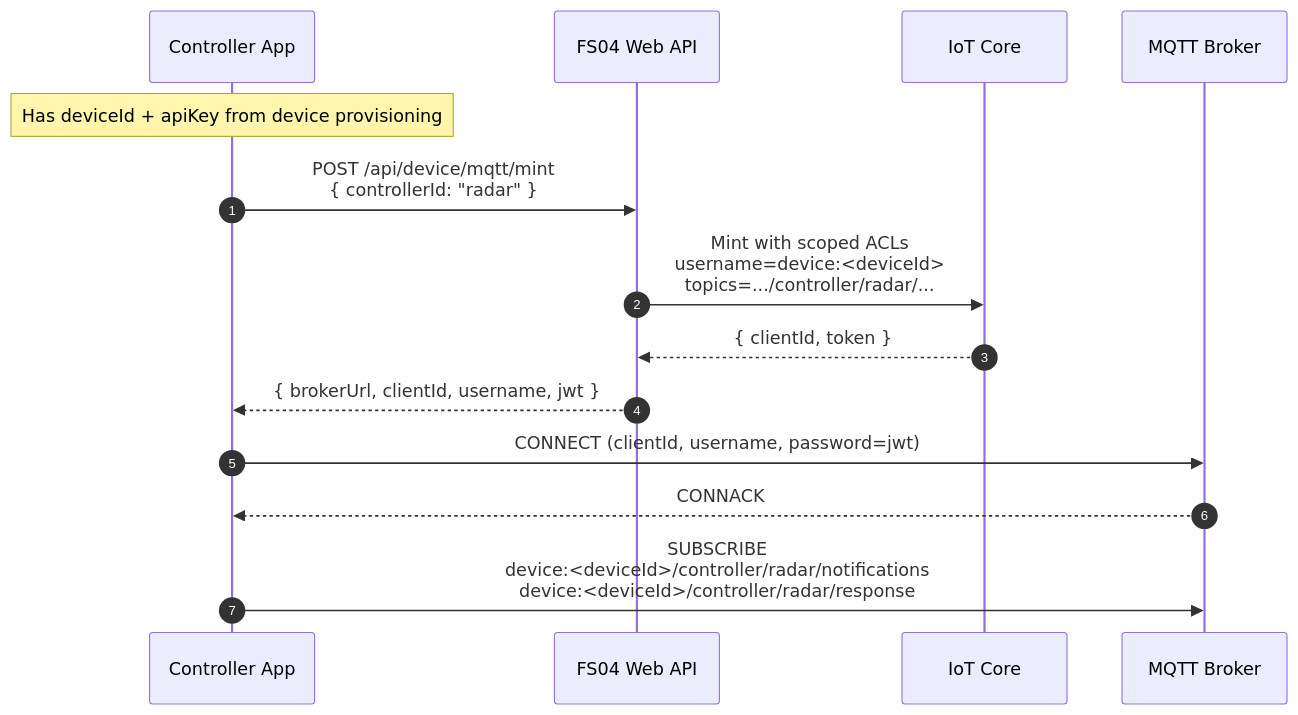
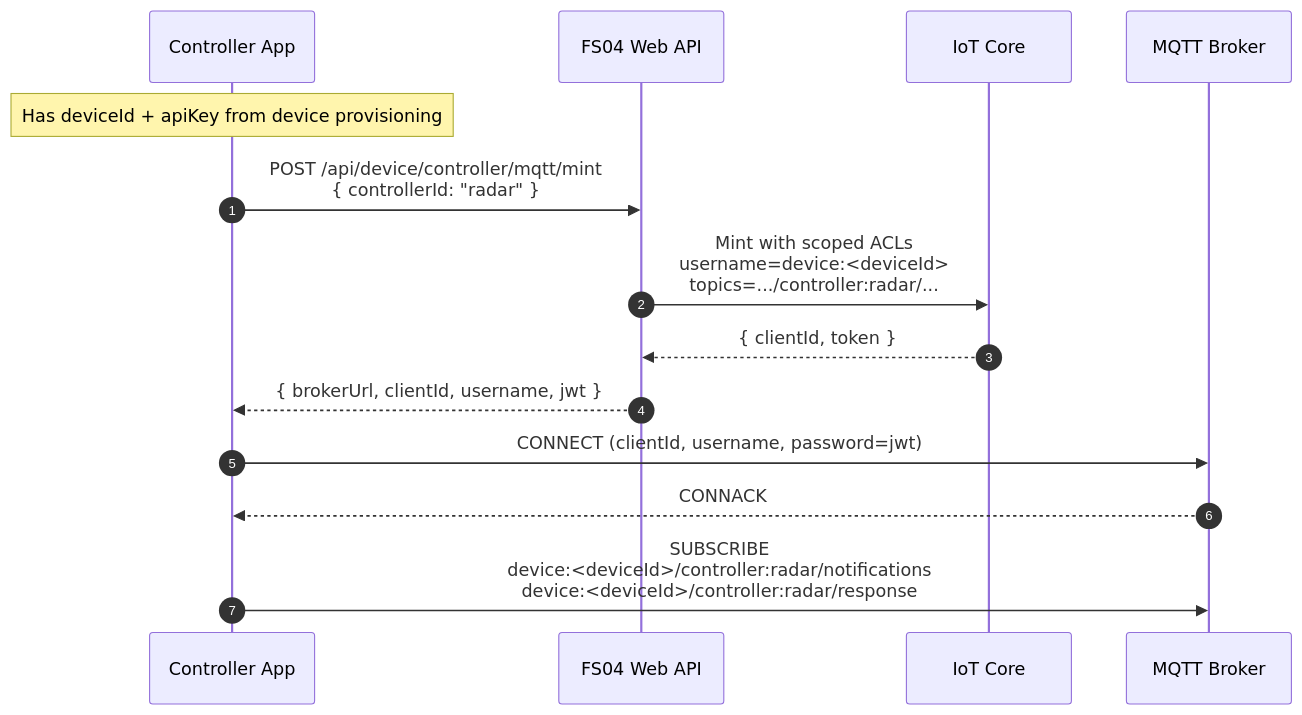
One commit to Tis1201/data_fs04 changed the second of 5 diagrams in docs/architecture/device/mqtt/controllers/CONTROLLER.md. Above: the diagram before and after it, drawn with Mermaid. The commit also changed other lines of this file, not shown here.

Commit message:
feat: Standardize controller MQTT topic patterns to `type:id` format, update mint endpoint, and adjust worker subscriptions.

````diff
--- a/docs/architecture/device/mqtt/controllers/CONTROLLER.md
+++ b/docs/architecture/device/mqtt/controllers/CONTROLLER.md
@@ -139,20 +137,20 @@
 ```mermaid
 sequenceDiagram
     autonumber
     participant C as Controller App
     participant API as FS04 Web API
     participant IoT as IoT Core
     participant B as MQTT Broker
 
     Note over C: Has deviceId + apiKey from device provisioning
 
-    C->>API: POST /api/device/mqtt/mint<br/>{ controllerId: "radar" }
-    API->>IoT: Mint with scoped ACLs<br/>username=device:<deviceId><br/>topics=.../controller/radar/...
+    C->>API: POST /api/device/controller/mqtt/mint<br/>{ controllerId: "radar" }
+    API->>IoT: Mint with scoped ACLs<br/>username=device:<deviceId><br/>topics=.../controller:radar/...
     IoT-->>API: { clientId, token }
     API-->>C: { brokerUrl, clientId, username, jwt }
 
     C->>B: CONNECT (clientId, username, password=jwt)
     B-->>C: CONNACK
 
-    C->>B: SUBSCRIBE<br/>device:<deviceId>/controller/radar/notifications<br/>device:<deviceId>/controller/radar/response
+    C->>B: SUBSCRIBE<br/>device:<deviceId>/controller:radar/notifications<br/>device:<deviceId>/controller:radar/response
 ```
````
